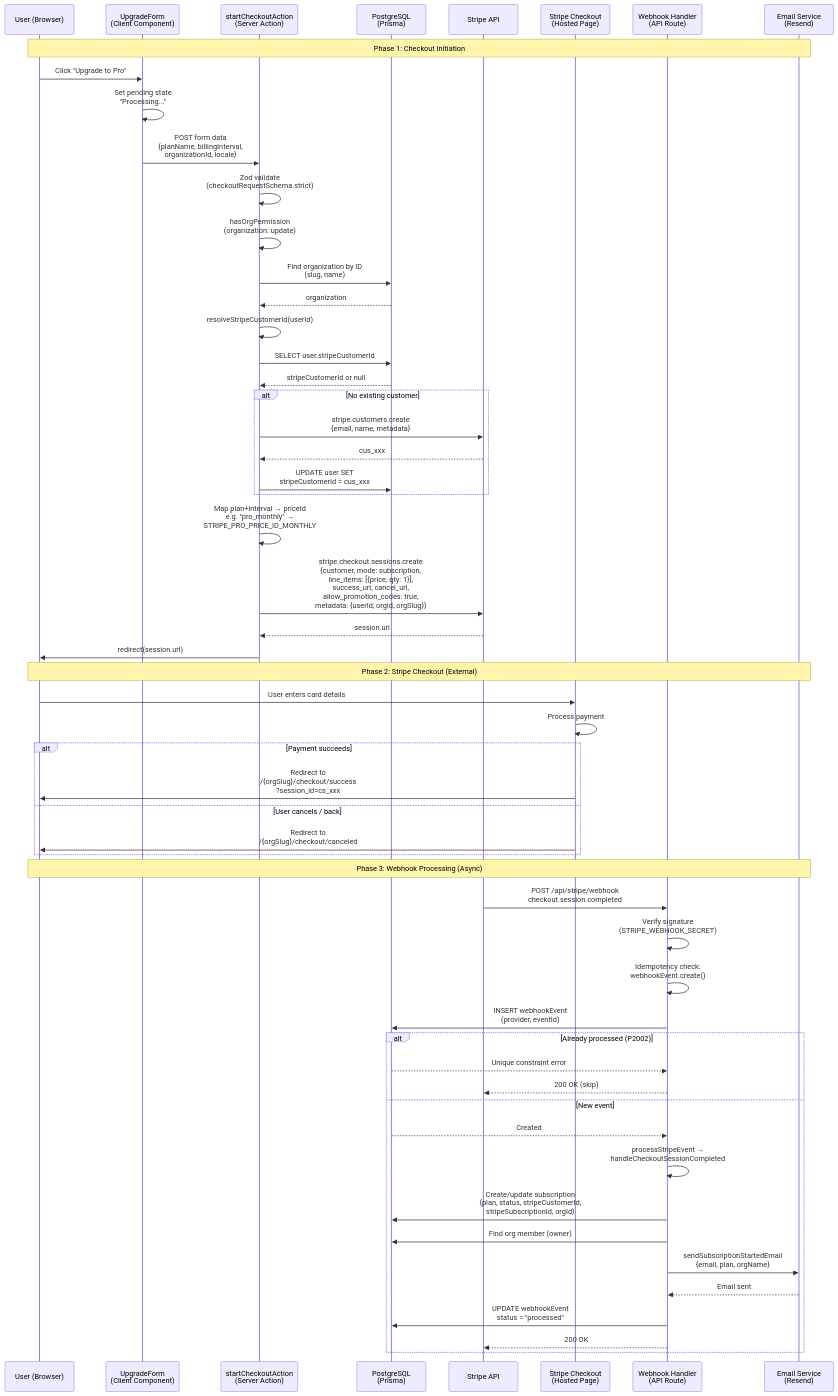
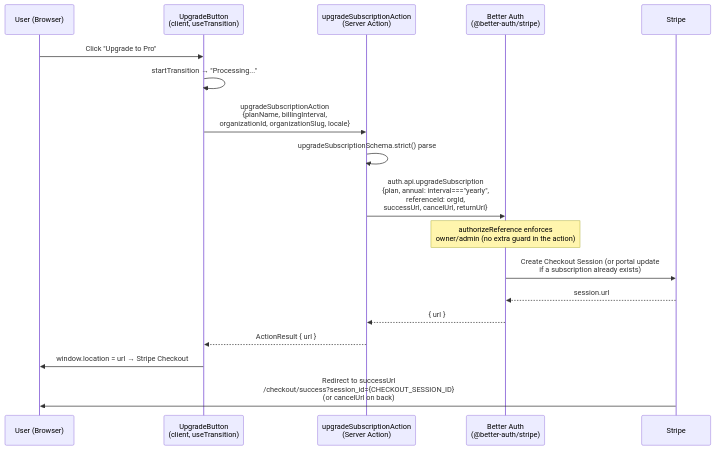
The second of 6 diagrams in apps/web/e2e/payment/manual-test-cases.md (saasprokit-com/saasprokit), drawn with Mermaid before and after one commit. The commit also changed other lines of this file and 1 other file, not shown here.

First line of the commit message:
docs(billing): refresh billing skill and payment e2e test-case notes

````diff
--- a/apps/web/e2e/payment/manual-test-cases.md
+++ b/apps/web/e2e/payment/manual-test-cases.md
@@ -140,76 +106,21 @@
 ```mermaid
 sequenceDiagram
     participant U as User (Browser)
-    participant UP as UpgradeForm<br/>(Client Component)
-    participant SA as startCheckoutAction<br/>(Server Action)
-    participant DB as PostgreSQL<br/>(Prisma)
-    participant S as Stripe API
-    participant SC as Stripe Checkout<br/>(Hosted Page)
-    participant WH as Webhook Handler<br/>(API Route)
-    participant E as Email Service<br/>(Resend)
+    participant UB as UpgradeButton<br/>(client, useTransition)
+    participant SA as upgradeSubscriptionAction<br/>(Server Action)
+    participant BA as Better Auth<br/>(@better-auth/stripe)
+    participant S as Stripe
 
-    Note over U,E: Phase 1: Checkout Initiation
-
-    U->>UP: Click "Upgrade to Pro"
-    UP->>UP: Set pending state<br/>"Processing..."
-    UP->>SA: POST form data<br/>{planName, billingInterval,<br/>organizationId, locale}
-
-    SA->>SA: Zod validate<br/>(checkoutRequestSchema.strict)
-    SA->>SA: hasOrgPermission<br/>(organization: update)
-
-    SA->>DB: Find organization by ID<br/>(slug, name)
-    DB-->>SA: organization
-
-    SA->>SA: resolveStripeCustomerId(userId)
-    SA->>DB: SELECT user.stripeCustomerId
-    DB-->>SA: stripeCustomerId or null
-
-    alt No existing customer
-        SA->>S: stripe.customers.create<br/>{email, name, metadata}
-        S-->>SA: cus_xxx
-        SA->>DB: UPDATE user SET<br/>stripeCustomerId = cus_xxx
-    end
-
-    SA->>SA: Map plan+interval → priceId<br/>e.g. "pro_monthly" →<br/>STRIPE_PRO_PRICE_ID_MONTHLY
-
-    SA->>S: stripe.checkout.sessions.create<br/>{customer, mode: subscription,<br/>line_items: [{price, qty: 1}],<br/>success_url, cancel_url,<br/>allow_promotion_codes: true,<br/>metadata: {userId, orgId, orgSlug}}
-    S-->>SA: session.url
-
-    SA->>U: redirect(session.url)
-
-    Note over U,E: Phase 2: Stripe Checkout (External)
-
-    U->>SC: User enters card details
-    SC->>SC: Process payment
-
-    alt Payment succeeds
-        SC->>U: Redirect to<br/>/{orgSlug}/checkout/success<br/>?session_id=cs_xxx
-    else User cancels / back
-        SC->>U: Redirect to<br/>/{orgSlug}/checkout/canceled
-    end
-
-    Note over U,E: Phase 3: Webhook Processing (Async)
-
-    S->>WH: POST /api/stripe/webhook<br/>checkout.session.completed
-    WH->>WH: Verify signature<br/>(STRIPE_WEBHOOK_SECRET)
-
-    WH->>WH: Idempotency check:<br/>webhookEvent.create()
-    WH->>DB: INSERT webhookEvent<br/>(provider, eventId)
-
-    alt Already processed (P2002)
-        DB-->>WH: Unique constraint error
-        WH-->>S: 200 OK (skip)
-    else New event
-        DB-->>WH: Created
-        WH->>WH: processStripeEvent →<br/>handleCheckoutSessionCompleted
-
-        WH->>DB: Create/update subscription<br/>{plan, status, stripeCustomerId,<br/>stripeSubscriptionId, orgId}
-
-        WH->>DB: Find org member (owner)
-        WH->>E: sendSubscriptionStartedEmail<br/>{email, plan, orgName}
-        E-->>WH: Email sent
-
-        WH->>DB: UPDATE webhookEvent<br/>status = "processed"
-        WH-->>S: 200 OK
-    end
+    U->>UB: Click "Upgrade to Pro"
+    UB->>UB: startTransition → "Processing..."
+    UB->>SA: upgradeSubscriptionAction<br/>{planName, billingInterval,<br/>organizationId, organizationSlug, locale}
+    SA->>SA: upgradeSubscriptionSchema.strict() parse
+    SA->>BA: auth.api.upgradeSubscription<br/>{plan, annual: interval==="yearly",<br/>referenceId: orgId,<br/>successUrl, cancelUrl, returnUrl}
+    Note over BA: authorizeReference enforces<br/>owner/admin (no extra guard in the action)
+    BA->>S: Create Checkout Session (or portal update<br/>if a subscription already exists)
+    S-->>BA: session.url
+    BA-->>SA: { url }
+    SA-->>UB: ActionResult { url }
+    UB->>U: window.location = url  → Stripe Checkout
+    S->>U: Redirect to successUrl<br/>/checkout/success?session_id={CHECKOUT_SESSION_ID}<br/>(or cancelUrl on back)
 ```
````
